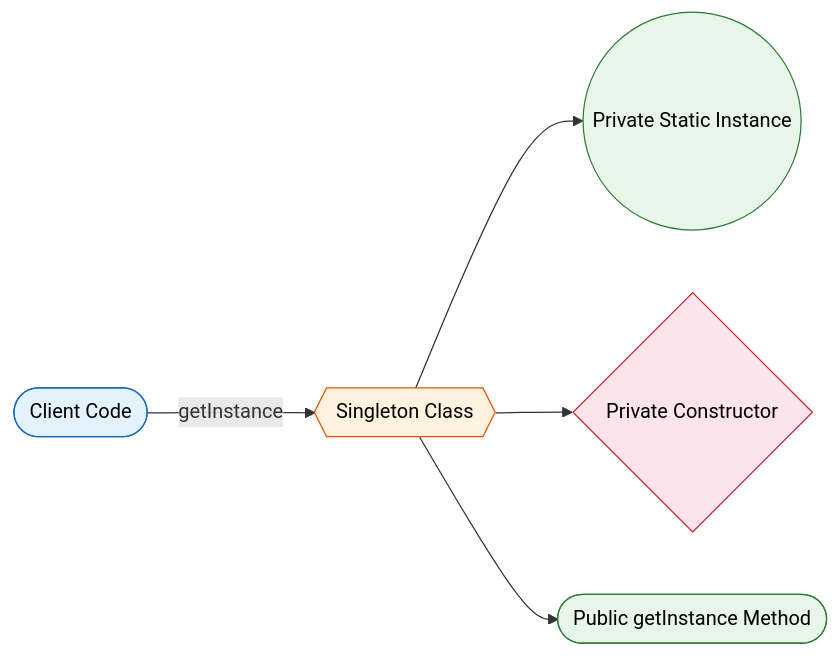
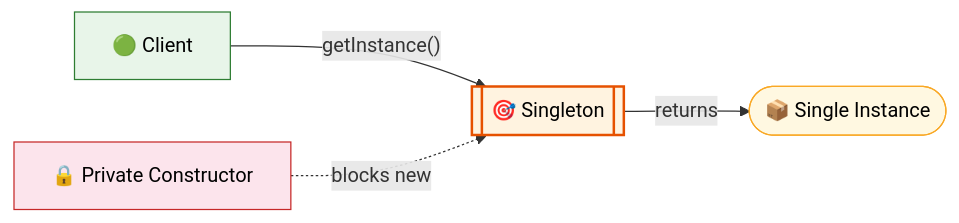
One commit to saivamsikaruturi/vamsilabs-dev-notes-main changed the second of 3 diagrams in docs/designpatterns/creationalDesignPatterns/singletondesignpattern.md. Above: the diagram before and after it, drawn with Mermaid. The commit also changed other lines of this file and 42 other files, not shown here.

````diff
--- a/docs/designpatterns/creationalDesignPatterns/singletondesignpattern.md
+++ b/docs/designpatterns/creationalDesignPatterns/singletondesignpattern.md
@@ -28,13 +28,11 @@
 ```mermaid
 flowchart LR
-    A(["Client Code"]) -->|getInstance| B{{"Singleton Class"}}
-    B --> C(("Private Static Instance"))
-    B --> D{"Private Constructor"}
-    B --> E(["Public getInstance Method"])
+    A["🟢 Client"] -->|"getInstance()"| B[["🎯 Singleton"]]
+    B -->|"returns"| C(["📦 Single Instance"])
+    D["🔒 Private Constructor"] -.->|"blocks new"| B
     
-    style A fill:#E3F2FD,stroke:#1565C0,color:#000
-    style B fill:#FFF3E0,stroke:#E65100,color:#000
-    style C fill:#E8F5E9,stroke:#2E7D32,color:#000
+    style A fill:#E8F5E9,stroke:#2E7D32,color:#000
+    style B fill:#FFF3E0,stroke:#E65100,stroke-width:2px,color:#000
+    style C fill:#FFF8E1,stroke:#F9A825,color:#000
     style D fill:#FCE4EC,stroke:#C62828,color:#000
-    style E fill:#E8F5E9,stroke:#2E7D32,color:#000
 ```
````
